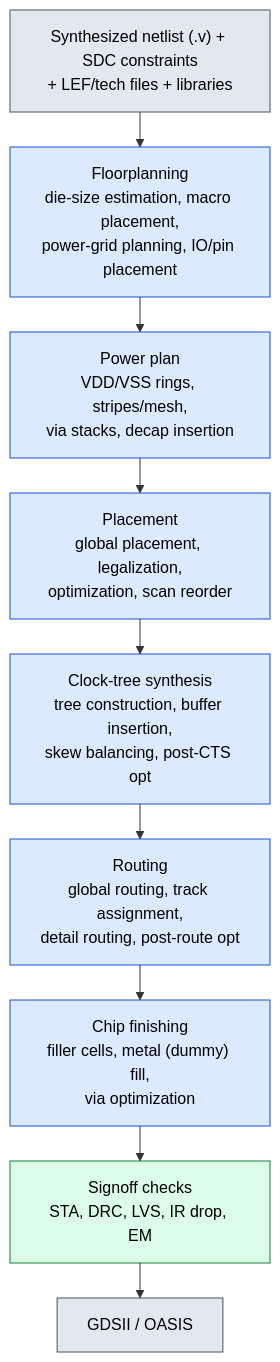
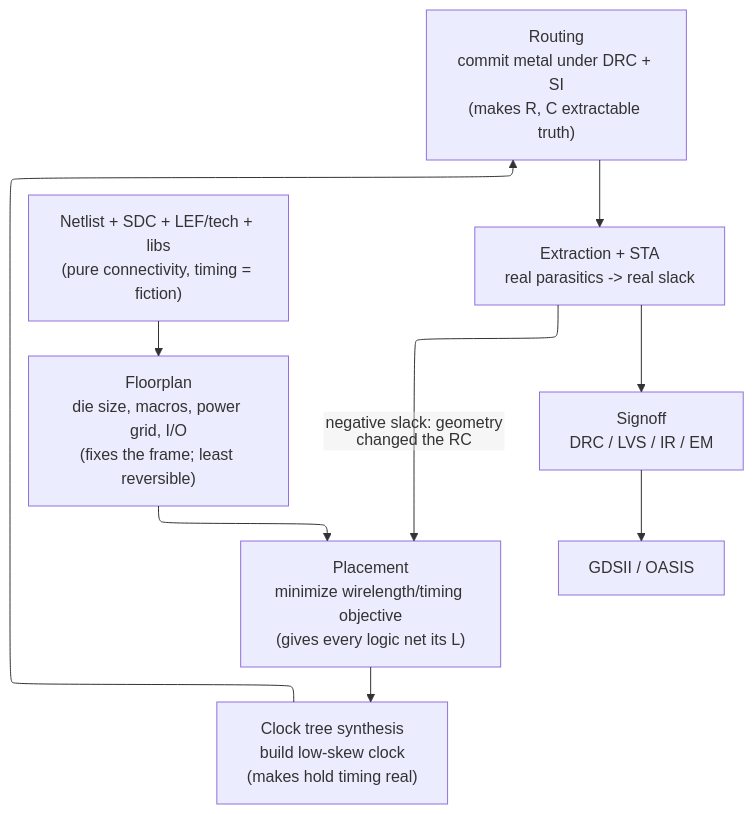
Before and after one commit to Wty2003328/silicon-design-notebook: the diagram in 05_Backend_Physical_Design/01_Physical_Design.md, drawn with Mermaid. The commit also changed other lines of this file and 22 other files, not shown here.

Commit message:
Concept-first hard rework complete: all 48 architecture/design pages (trimmed signal dumps; added trade-off analysis + theoretical depth)

````diff
--- a/05_Backend_Physical_Design/01_Physical_Design.md
+++ b/05_Backend_Physical_Design/01_Physical_Design.md
@@ -26,19 +57,13 @@
 ```mermaid
-%%{init: {"flowchart": {"defaultRenderer": "elk", "nodeSpacing": 60, "rankSpacing": 60, "htmlLabels": false}}}%%
+%%{init: {"flowchart": {"defaultRenderer": "elk", "nodeSpacing": 55, "rankSpacing": 45, "htmlLabels": false}}}%%
 flowchart TD
-    IN["Synthesized netlist (.v) + SDC constraints<br/>+ LEF/tech files + libraries"] --> FP
-    FP["Floorplanning<br/>die-size estimation, macro placement,<br/>power-grid planning, IO/pin placement"]
-    FP --> PP["Power plan<br/>VDD/VSS rings, stripes/mesh,<br/>via stacks, decap insertion"]
-    PP --> PL["Placement<br/>global placement, legalization,<br/>optimization, scan reorder"]
-    PL --> CTS["Clock-tree synthesis<br/>tree construction, buffer insertion,<br/>skew balancing, post-CTS opt"]
-    CTS --> RT["Routing<br/>global routing, track assignment,<br/>detail routing, post-route opt"]
-    RT --> CF["Chip finishing<br/>filler cells, metal (dummy) fill,<br/>via optimization"]
-    CF --> SO["Signoff checks<br/>STA, DRC, LVS, IR drop, EM"]
+    IN["Netlist + SDC + LEF/tech + libs\n(pure connectivity, timing = fiction)"] --> FP
+    FP["Floorplan\ndie size, macros, power grid, I/O\n(fixes the frame; least reversible)"]
+    FP --> PL["Placement\nminimize wirelength/timing objective\n(gives every logic net its L)"]
+    PL --> CTS["Clock tree synthesis\nbuild low-skew clock\n(makes hold timing real)"]
+    CTS --> RT["Routing\ncommit metal under DRC + SI\n(makes R, C extractable truth)"]
+    RT --> EX["Extraction + STA\nreal parasitics -> real slack"]
+    EX -->|negative slack: geometry changed the RC| PL
+    EX --> SO["Signoff\nDRC / LVS / IR / EM"]
     SO --> GDS["GDSII / OASIS"]
-    classDef io fill:#e2e8f0,stroke:#475569,color:#000
-    classDef ph fill:#dbeafe,stroke:#1d4ed8,color:#000
-    classDef sign fill:#dcfce7,stroke:#15803d,color:#000
-    class IN,GDS io
-    class FP,PP,PL,CTS,RT,CF ph
-    class SO sign
 ```
````
